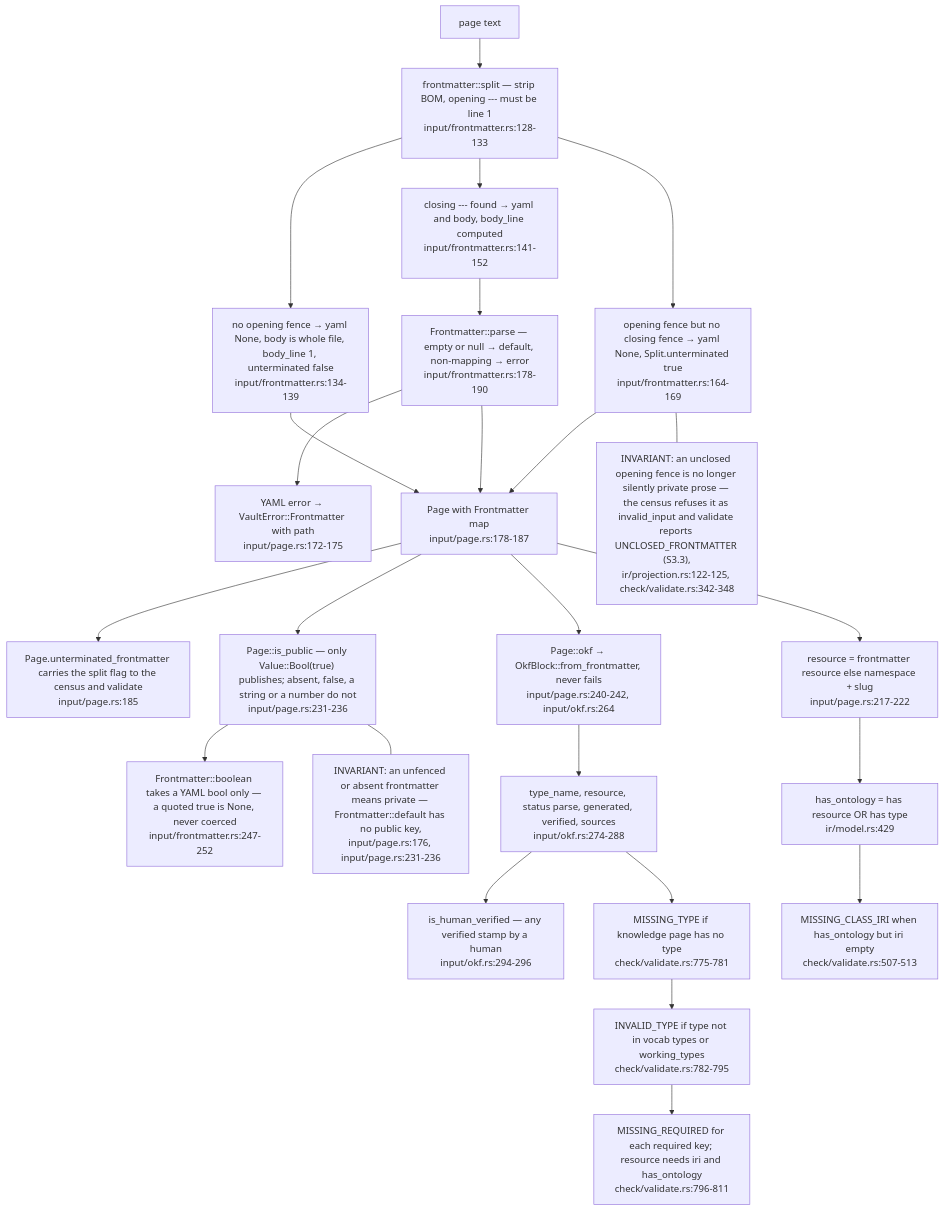
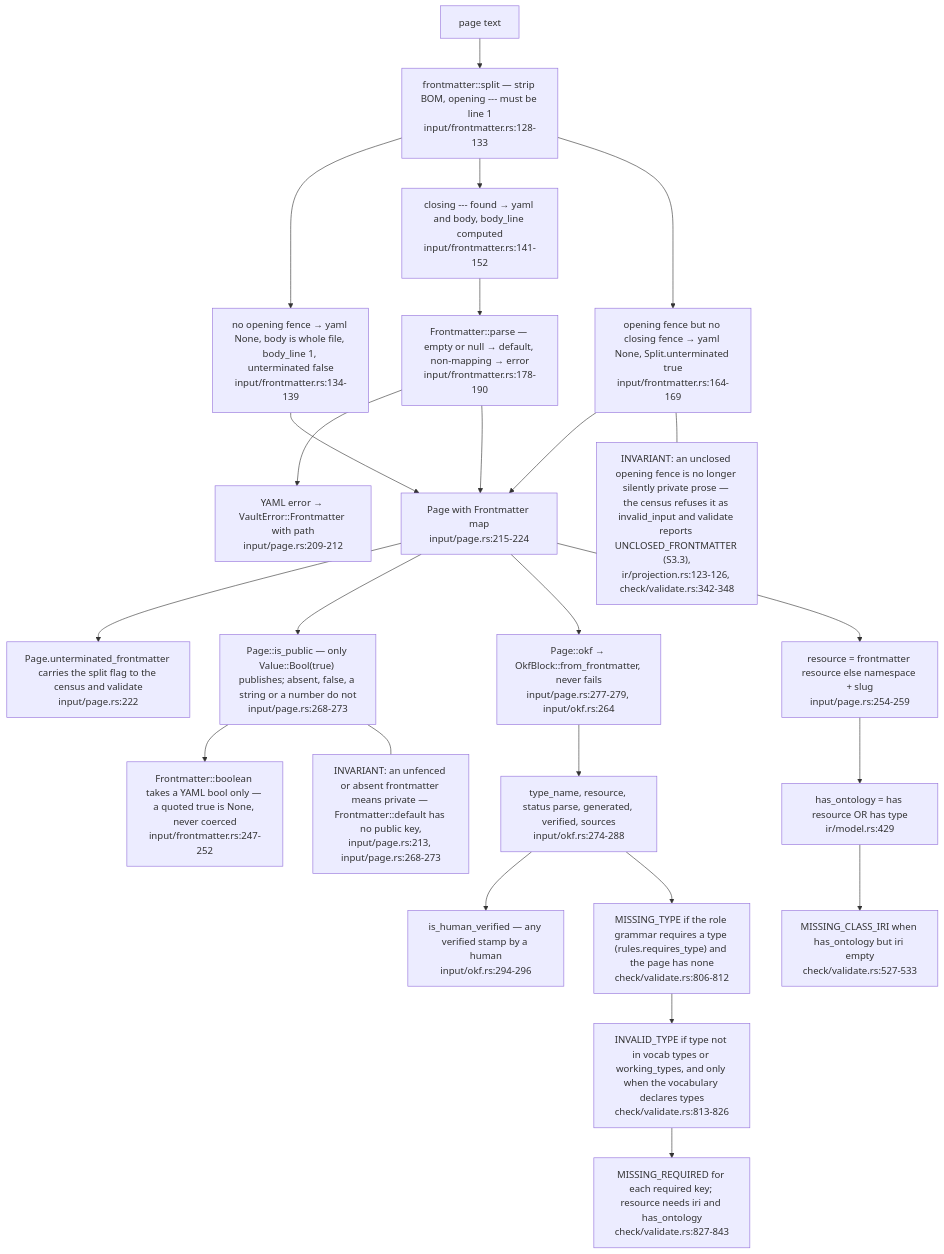
Before and after one commit to DreamLab-AI/VisionFlow: the third of 6 diagrams in docs/diagrams/ontomark/01-input-layer-vault-pages-and-gates.md, drawn with Mermaid. The commit also changed other lines of this file and 160 other files, not shown here.

````diff
--- a/docs/diagrams/ontomark/01-input-layer-vault-pages-and-gates.md
+++ b/docs/diagrams/ontomark/01-input-layer-vault-pages-and-gates.md
@@ -123,40 +131,40 @@
 ```mermaid
 flowchart TD
     TXT["page text"]
     SPLIT["frontmatter::split — strip BOM, opening --- must be line 1<br/>input/frontmatter.rs:128-133"]
     NOFM["no opening fence → yaml None, body is whole file, body_line 1, unterminated false<br/>input/frontmatter.rs:134-139"]
     CLOSE["closing --- found → yaml and body, body_line computed<br/>input/frontmatter.rs:141-152"]
     UNCLOSED["opening fence but no closing fence → yaml None, Split.unterminated true<br/>input/frontmatter.rs:164-169"]
     FMPARSE["Frontmatter::parse — empty or null → default, non-mapping → error<br/>input/frontmatter.rs:178-190"]
-    PERR["YAML error → VaultError::Frontmatter with path<br/>input/page.rs:172-175"]
-    PAGE["Page with Frontmatter map<br/>input/page.rs:178-187"]
-    UFLAG["Page.unterminated_frontmatter carries the split flag to the census and validate<br/>input/page.rs:185"]
-    PUBLIC["Page::is_public — only Value::Bool(true) publishes; absent, false, a string or a number do not<br/>input/page.rs:231-236"]
+    PERR["YAML error → VaultError::Frontmatter with path<br/>input/page.rs:209-212"]
+    PAGE["Page with Frontmatter map<br/>input/page.rs:215-224"]
+    UFLAG["Page.unterminated_frontmatter carries the split flag to the census and validate<br/>input/page.rs:222"]
+    PUBLIC["Page::is_public — only Value::Bool(true) publishes; absent, false, a string or a number do not<br/>input/page.rs:268-273"]
     BOOL["Frontmatter::boolean takes a YAML bool only — a quoted true is None, never coerced<br/>input/frontmatter.rs:247-252"]
-    OKF["Page::okf → OkfBlock::from_frontmatter, never fails<br/>input/page.rs:240-242, input/okf.rs:264"]
+    OKF["Page::okf → OkfBlock::from_frontmatter, never fails<br/>input/page.rs:277-279, input/okf.rs:264"]
     OKFF["type_name, resource, status parse, generated, verified, sources<br/>input/okf.rs:274-288"]
     HV["is_human_verified — any verified stamp by a human<br/>input/okf.rs:294-296"]
-    GTYPE["MISSING_TYPE if knowledge page has no type<br/>check/validate.rs:775-781"]
-    GINV["INVALID_TYPE if type not in vocab types or working_types<br/>check/validate.rs:782-795"]
-    GREQ["MISSING_REQUIRED for each required key; resource needs iri and has_ontology<br/>check/validate.rs:796-811"]
+    GTYPE["MISSING_TYPE if the role grammar requires a type (rules.requires_type) and the page has none<br/>check/validate.rs:806-812"]
+    GINV["INVALID_TYPE if type not in vocab types or working_types, and only when the vocabulary declares types<br/>check/validate.rs:813-826"]
+    GREQ["MISSING_REQUIRED for each required key; resource needs iri and has_ontology<br/>check/validate.rs:827-843"]
     GONT["has_ontology = has resource OR has type<br/>ir/model.rs:429"]
-    GIRI["MISSING_CLASS_IRI when has_ontology but iri empty<br/>check/validate.rs:507-513"]
-    GRES["resource = frontmatter resource else namespace + slug<br/>input/page.rs:217-222"]
+    GIRI["MISSING_CLASS_IRI when has_ontology but iri empty<br/>check/validate.rs:527-533"]
+    GRES["resource = frontmatter resource else namespace + slug<br/>input/page.rs:254-259"]
     TXT --> SPLIT
     SPLIT --> NOFM
     SPLIT --> CLOSE
     SPLIT --> UNCLOSED
     CLOSE --> FMPARSE --> PERR
     FMPARSE --> PAGE
     NOFM --> PAGE
     UNCLOSED --> PAGE
     PAGE --> UFLAG
     PAGE --> PUBLIC --> BOOL
     PAGE --> OKF --> OKFF --> HV
     OKFF --> GTYPE --> GINV --> GREQ
     PAGE --> GRES --> GONT --> GIRI
-    note1["INVARIANT: an unfenced or absent frontmatter means private — Frontmatter::default has no public key,<br/>input/page.rs:176, input/page.rs:231-236"]
-    note2["INVARIANT: an unclosed opening fence is no longer silently private prose — the census refuses it as invalid_input and validate reports UNCLOSED_FRONTMATTER (S3.3),<br/>ir/projection.rs:122-125, check/validate.rs:342-348"]
+    note1["INVARIANT: an unfenced or absent frontmatter means private — Frontmatter::default has no public key,<br/>input/page.rs:213, input/page.rs:268-273"]
+    note2["INVARIANT: an unclosed opening fence is no longer silently private prose — the census refuses it as invalid_input and validate reports UNCLOSED_FRONTMATTER (S3.3),<br/>ir/projection.rs:123-126, check/validate.rs:342-348"]
     PUBLIC --- note1
     UNCLOSED --- note2
 ```
````
